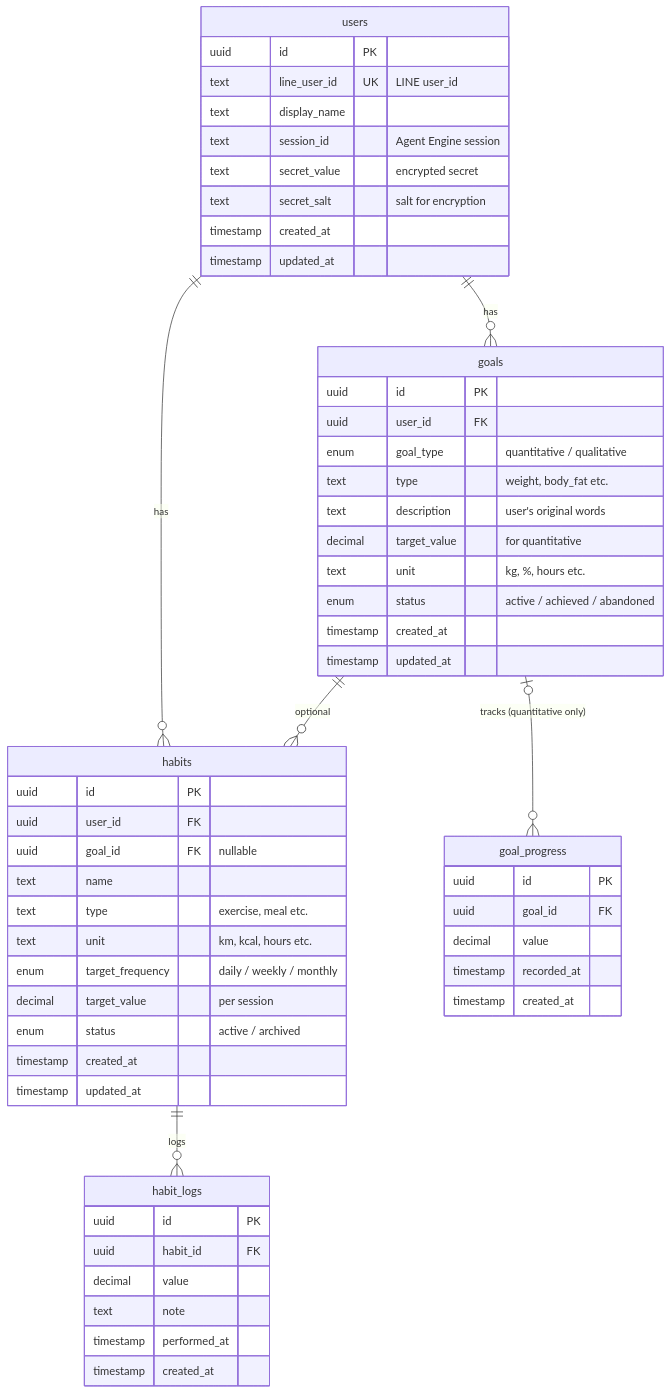
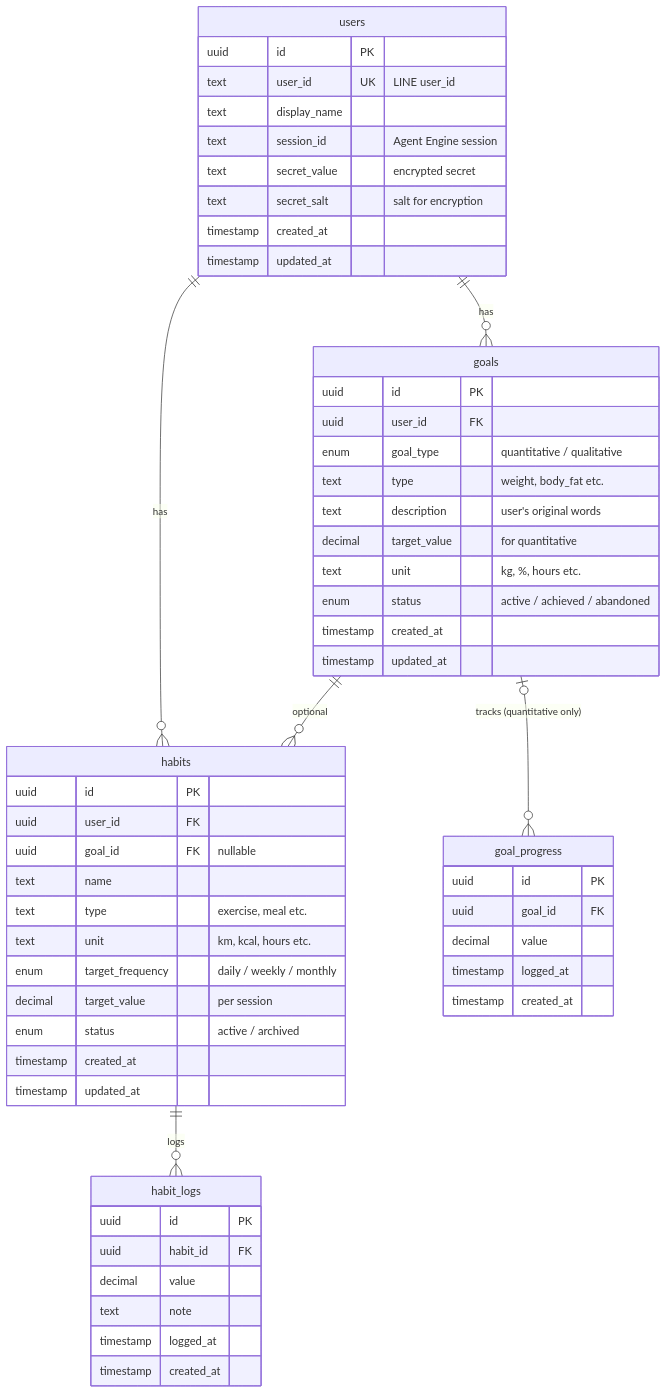
Before and after one commit to heyhey1028/aizap: the diagram in docs/database.md, drawn with Mermaid. The commit also changed other lines of this file, not shown here.

````diff
--- a/docs/database.md
+++ b/docs/database.md
@@ -15,63 +5,63 @@
 ```mermaid
 erDiagram
     users ||--o{ goals : "has"
     users ||--o{ habits : "has"
     goals |o--o{ goal_progress : "tracks (quantitative only)"
     goals ||--o{ habits : "optional"
     habits ||--o{ habit_logs : "logs"
 
     users {
         uuid id PK
-        text line_user_id UK "LINE user_id"
+        text user_id UK "LINE user_id"
         text display_name
         text session_id "Agent Engine session"
         text secret_value "encrypted secret"
         text secret_salt "salt for encryption"
         timestamp created_at
         timestamp updated_at
     }
 
     goals {
         uuid id PK
         uuid user_id FK
         enum goal_type "quantitative / qualitative"
         text type "weight, body_fat etc."
         text description "user's original words"
         decimal target_value "for quantitative"
         text unit "kg, %, hours etc."
         enum status "active / achieved / abandoned"
         timestamp created_at
         timestamp updated_at
     }
 
     goal_progress {
         uuid id PK
         uuid goal_id FK
         decimal value
-        timestamp recorded_at
+        timestamp logged_at
         timestamp created_at
     }
 
     habits {
         uuid id PK
         uuid user_id FK
         uuid goal_id FK "nullable"
         text name
         text type "exercise, meal etc."
         text unit "km, kcal, hours etc."
         enum target_frequency "daily / weekly / monthly"
         decimal target_value "per session"
         enum status "active / archived"
         timestamp created_at
         timestamp updated_at
     }
 
     habit_logs {
         uuid id PK
         uuid habit_id FK
         decimal value
         text note
-        timestamp performed_at
+        timestamp logged_at
         timestamp created_at
     }
 ```
````
